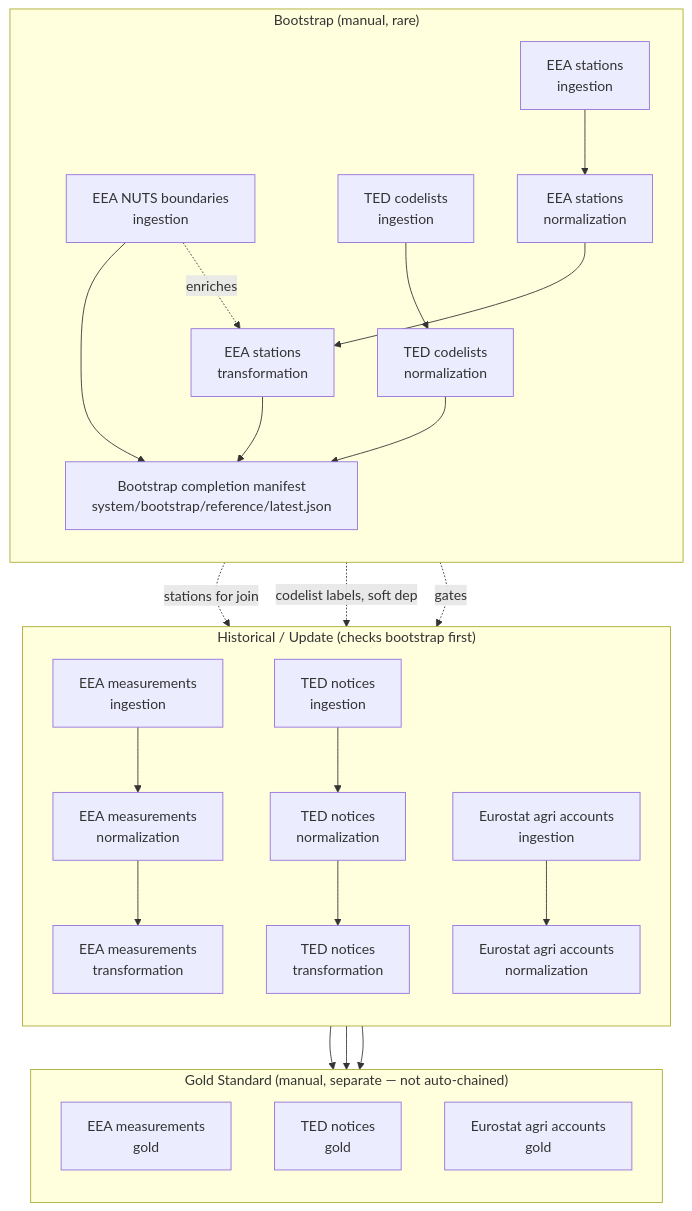
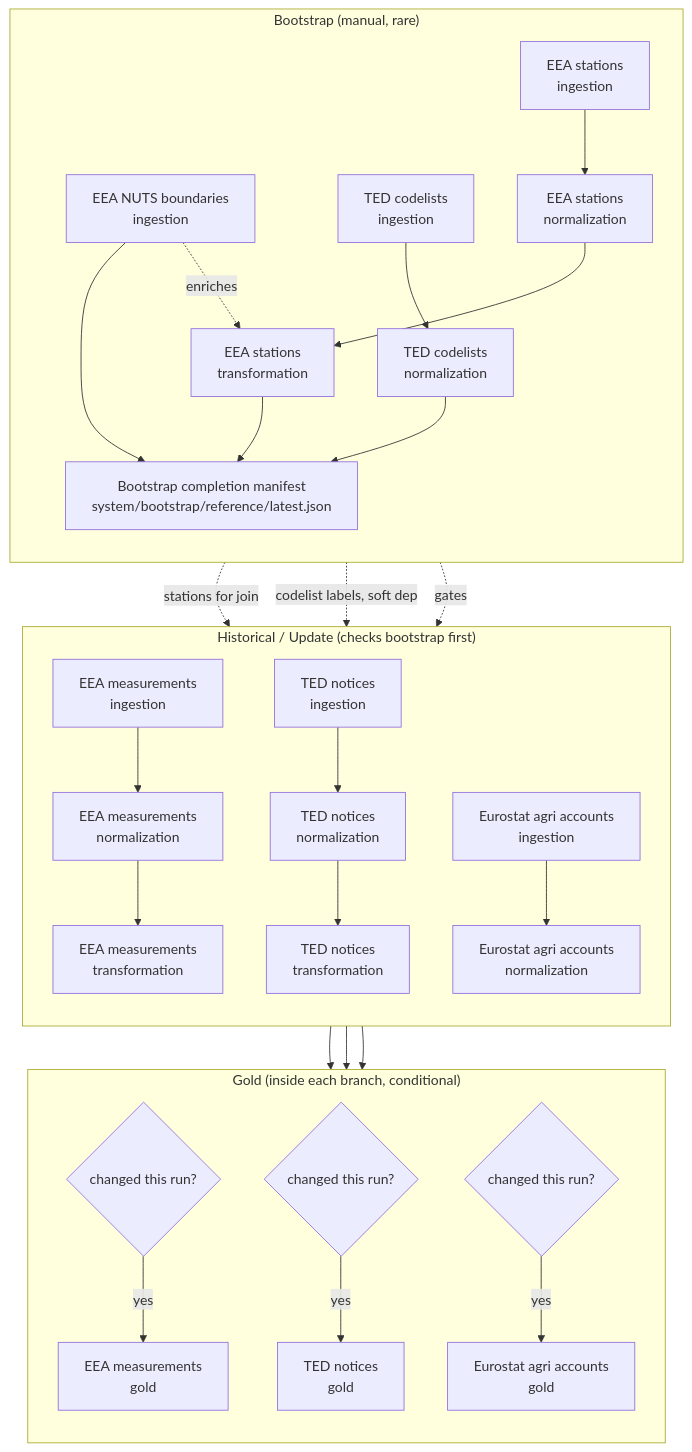
The diagram in docs/aws/architecture.md (akmast/procurement-environment-pipeline), drawn with Mermaid before and after one commit. The commit also changed other lines of this file and 8 other files, not shown here.

````diff
--- a/docs/aws/architecture.md
+++ b/docs/aws/architecture.md
@@ -36,41 +36,44 @@
 ```mermaid
 flowchart TB
     subgraph Bootstrap["Bootstrap (manual, rare)"]
         direction TB
         NUTS["EEA NUTS boundaries<br/>ingestion"]
         TC_ING["TED codelists<br/>ingestion"]
         TC_NORM["TED codelists<br/>normalization"]
         ST_ING["EEA stations<br/>ingestion"]
         ST_NORM["EEA stations<br/>normalization"]
         ST_TRANS["EEA stations<br/>transformation"]
         MANIFEST["Bootstrap completion manifest<br/>system/bootstrap/reference/latest.json"]
 
         TC_ING --> TC_NORM
         ST_ING --> ST_NORM --> ST_TRANS
         NUTS -.enriches.-> ST_TRANS
         NUTS --> MANIFEST
         TC_NORM --> MANIFEST
         ST_TRANS --> MANIFEST
     end
 
     subgraph Main["Historical / Update (checks bootstrap first)"]
         direction TB
         EEA_ING["EEA measurements<br/>ingestion"] --> EEA_NORM["EEA measurements<br/>normalization"] --> EEA_TRANS["EEA measurements<br/>transformation"]
         TED_ING["TED notices<br/>ingestion"] --> TED_NORM["TED notices<br/>normalization"] --> TED_TRANS["TED notices<br/>transformation"]
         EU_ING["Eurostat agri accounts<br/>ingestion"] --> EU_NORM["Eurostat agri accounts<br/>normalization"]
     end
 
-    subgraph Gold["Gold Standard (manual, separate — not auto-chained)"]
+    subgraph Gold["Gold (inside each branch, conditional)"]
         direction TB
+        EEA_CHECK{"changed this run?"}
+        TED_CHECK{"changed this run?"}
+        EU_CHECK{"changed this run?"}
         EEA_GOLD["EEA measurements<br/>gold"]
         TED_GOLD["TED notices<br/>gold"]
         EU_GOLD["Eurostat agri accounts<br/>gold"]
     end
 
     MANIFEST -.gates.-> Main
     ST_TRANS -.stations for join.-> EEA_TRANS
     TC_NORM -.codelist labels, soft dep.-> TED_TRANS
-    EEA_TRANS --> EEA_GOLD
-    TED_TRANS --> TED_GOLD
-    EU_NORM --> EU_GOLD
+    EEA_TRANS --> EEA_CHECK -->|yes| EEA_GOLD
+    TED_TRANS --> TED_CHECK -->|yes| TED_GOLD
+    EU_NORM --> EU_CHECK -->|yes| EU_GOLD
 ```
````
